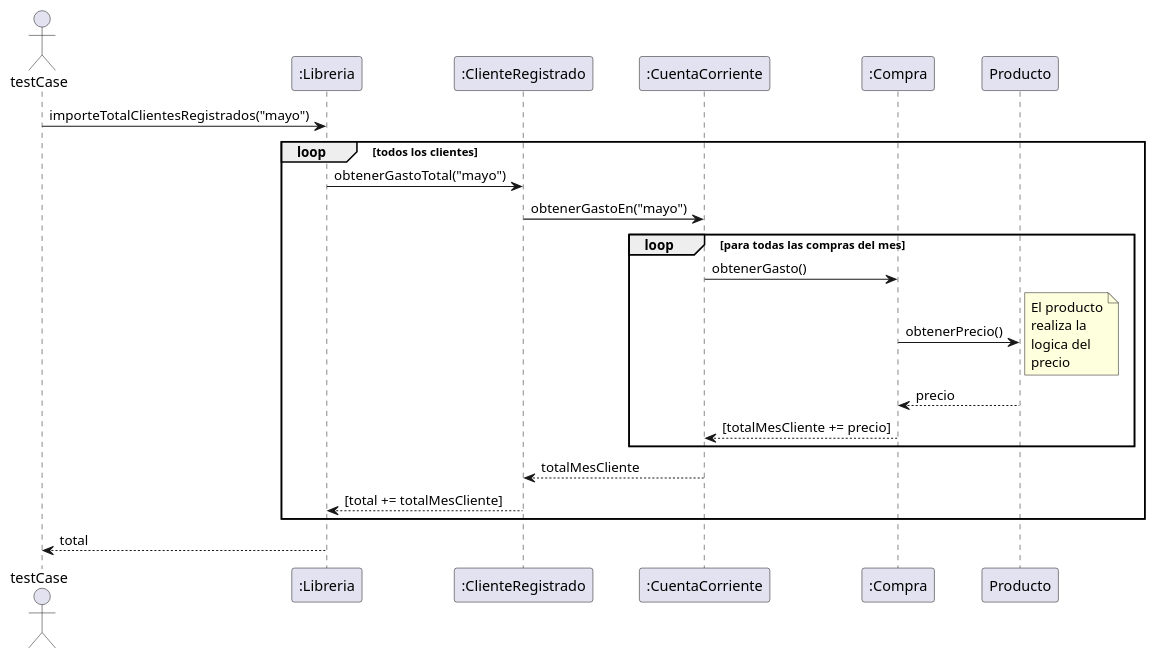
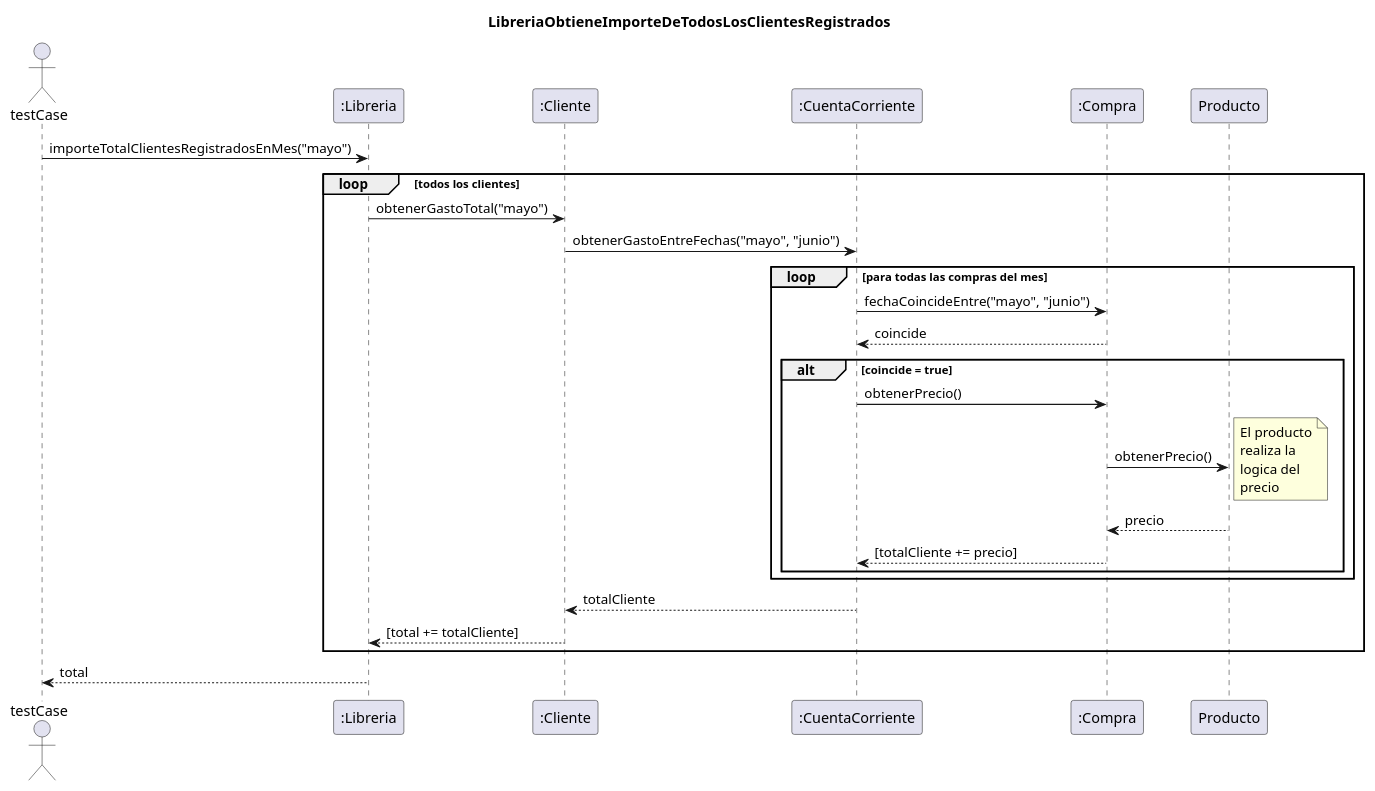
Before and after one commit to lucas96will/Fiuba_ParadigmasDeProgramacion: the diagram in src/diagrams/SumImportesClientesRegistrados.puml, drawn with PlantUML. The commit also changed 15 other files, not shown here.

Commit message:
Eliminado ClienteNoRegistrado, cliente pasa a ser solo uno. DescuentoClienteRegistrado -> Descuento a secas Finalizado los casos de uso

```diff
--- a/src/diagrams/SumImportesClientesRegistrados.puml
+++ b/src/diagrams/SumImportesClientesRegistrados.puml
@@ -1,31 +1,35 @@
 @startuml
 'https://plantuml.com/sequence-diagram
+
+title LibreriaObtieneImporteDeTodosLosClientesRegistrados
 
 actor testCase
 participant ":Libreria"
 
-
-
-testCase -> ":Libreria": importeTotalClientesRegistrados("mayo")
+testCase -> ":Libreria": importeTotalClientesRegistradosEnMes("mayo")
 loop todos los clientes
-":Libreria" -> ":ClienteRegistrado": obtenerGastoTotal("mayo")
-":ClienteRegistrado" -> ":CuentaCorriente" : obtenerGastoEn("mayo")
+":Libreria" -> ":Cliente": obtenerGastoTotal("mayo")
+":Cliente" -> ":CuentaCorriente" : obtenerGastoEntreFechas("mayo", "junio")
 loop para todas las compras del mes
-":CuentaCorriente" -> ":Compra" : obtenerGasto()
+":CuentaCorriente" -> ":Compra" : fechaCoincideEntre("mayo", "junio")
+":CuentaCorriente" <-- ":Compra" : coincide
+alt coincide = true
+":CuentaCorriente" -> ":Compra" : obtenerPrecio()
 ":Compra" -> "Producto" : obtenerPrecio()
 note right
     El producto
     realiza la
     logica del
     precio
 end note
 ":Compra" <-- "Producto" : precio
-":Compra" --> ":CuentaCorriente" : [totalMesCliente += precio]
+":Compra" --> ":CuentaCorriente" : [totalCliente += precio]
+end
 end
 
-":CuentaCorriente" --> ":ClienteRegistrado": totalMesCliente
+":CuentaCorriente" --> ":Cliente": totalCliente
 
-":Libreria" <-- ":ClienteRegistrado": [total += totalMesCliente]
+":Libreria" <-- ":Cliente": [total += totalCliente]
 end
 testCase <-- ":Libreria": total
 @enduml
```
